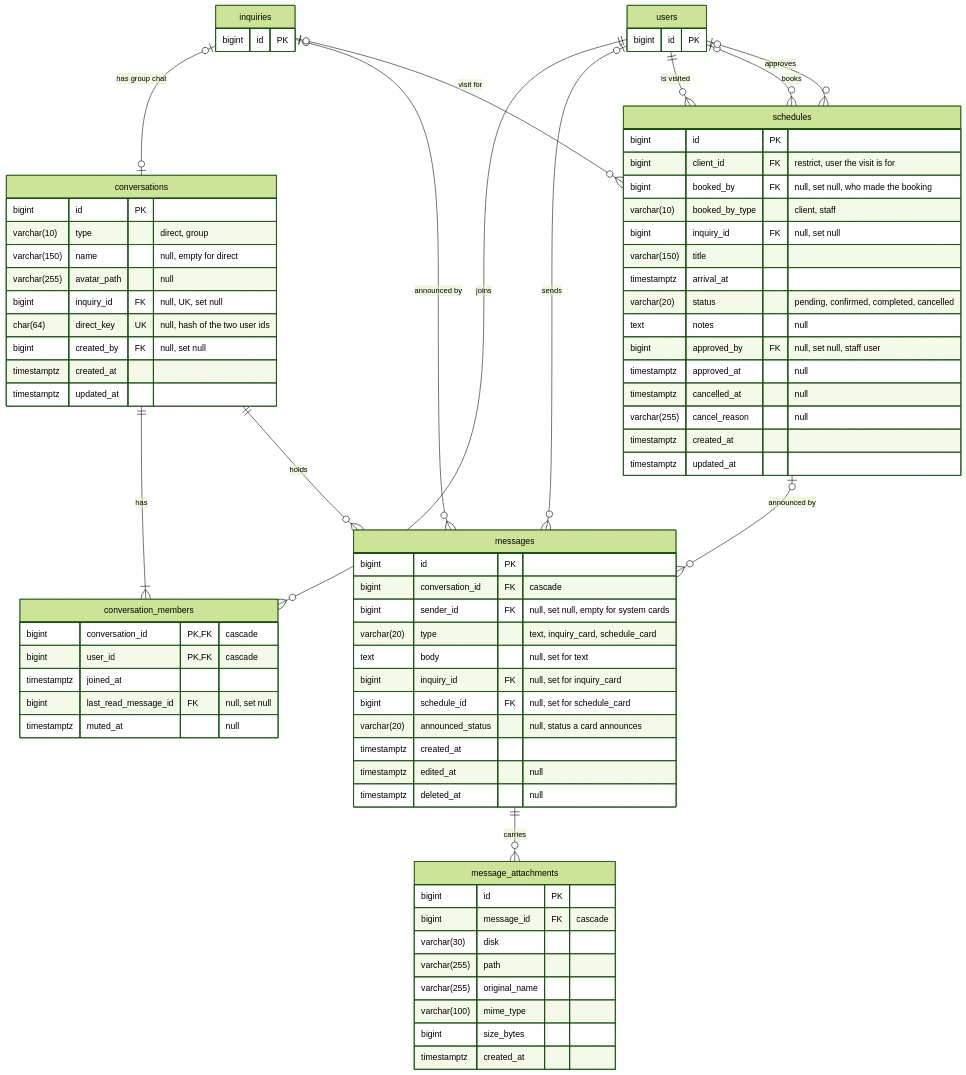
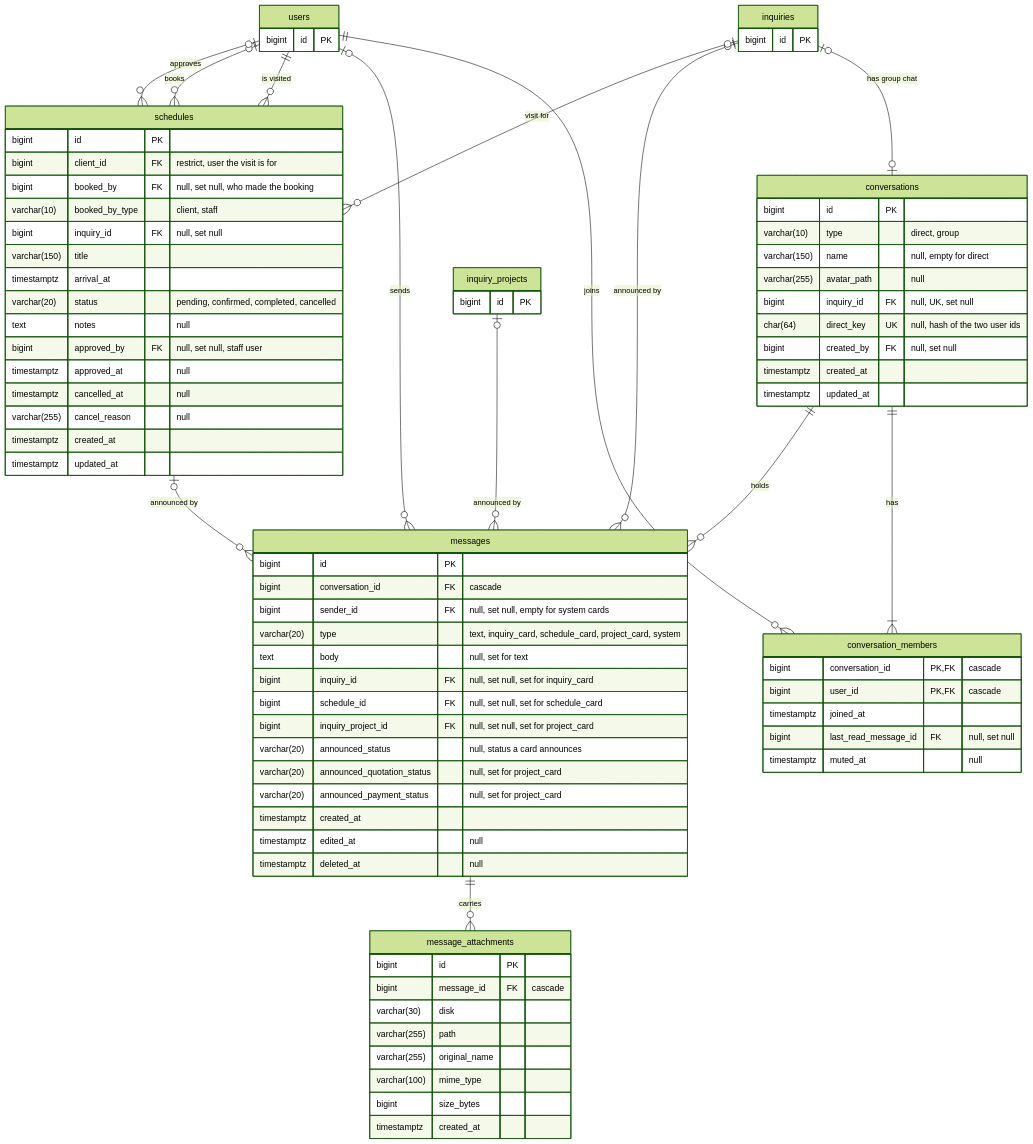
Before and after one commit to regraystone/regray: the fifth of 5 diagrams in docs/database/regray-erd.md, drawn with Mermaid (forest theme). The commit also changed other lines of this file and 53 other files, not shown here.

Commit message:
feat(inquiry): break inquiries down into projects with statuses, quotations, job orders and payments; the inquiry reads its status from its projects, the demo seed carries realistic data for all of it, and a project card shows a project's snapshot in the thread

```diff
--- a/docs/database/regray-erd.md
+++ b/docs/database/regray-erd.md
@@ -487,11 +557,14 @@
         bigint id PK
         bigint conversation_id FK "cascade"
         bigint sender_id FK "null, set null, empty for system cards"
-        varchar(20) type "text, inquiry_card, schedule_card"
+        varchar(20) type "text, inquiry_card, schedule_card, project_card, system"
         text body "null, set for text"
-        bigint inquiry_id FK "null, set for inquiry_card"
-        bigint schedule_id FK "null, set for schedule_card"
+        bigint inquiry_id FK "null, set null, set for inquiry_card"
+        bigint schedule_id FK "null, set null, set for schedule_card"
+        bigint inquiry_project_id FK "null, set null, set for project_card"
         varchar(20) announced_status "null, status a card announces"
+        varchar(20) announced_quotation_status "null, set for project_card"
+        varchar(20) announced_payment_status "null, set for project_card"
         timestamptz created_at
         timestamptz edited_at "null"
         timestamptz deleted_at "null"
@@ -529,6 +602,9 @@
     inquiries {
         bigint id PK
     }
+    inquiry_projects {
+        bigint id PK
+    }
 
     inquiries |o--o| conversations : "has group chat"
     conversations ||--|{ conversation_members : "has"
@@ -538,6 +614,7 @@
     messages ||--o{ message_attachments : "carries"
     inquiries |o--o{ messages : "announced by"
     schedules |o--o{ messages : "announced by"
+    inquiry_projects |o--o{ messages : "announced by"
     users ||--o{ schedules : "is visited"
     users |o--o{ schedules : "books"
     users |o--o{ schedules : "approves"
```
